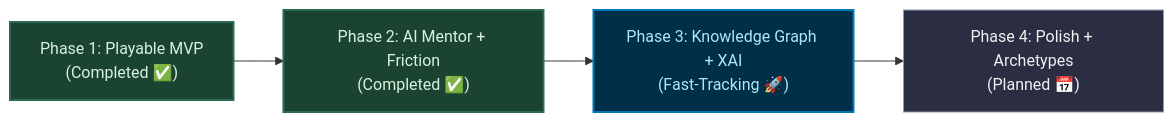
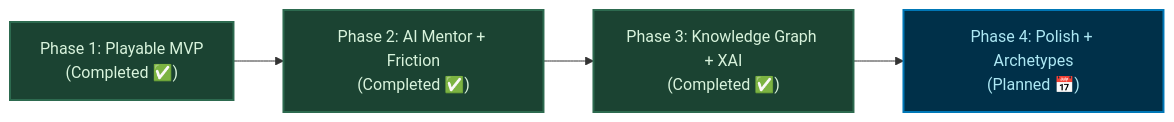
One commit to s3arajgupta/MarketSense changed the first of 2 diagrams in Documentations/phases_information.md. Above: the diagram before and after it, drawn with Mermaid. The commit also changed other lines of this file and 19 other files, not shown here.

````diff
--- a/Documentations/phases_information.md
+++ b/Documentations/phases_information.md
@@ -16,11 +16,11 @@
 ```mermaid
 flowchart LR
     P1["Phase 1: Playable MVP\n(Completed ✅)"] --> P2["Phase 2: AI Mentor + Friction\n(Completed ✅)"]
-    P2 --> P3["Phase 3: Knowledge Graph + XAI\n(Fast-Tracking 🚀)"]
+    P2 --> P3["Phase 3: Knowledge Graph + XAI\n(Completed ✅)"]
     P3 --> P4["Phase 4: Polish + Archetypes\n(Planned 📅)"]
 
     style P1 fill:#1b4332,stroke:#2d6a4f,stroke-width:2px,color:#d8f3dc
     style P2 fill:#1b4332,stroke:#2d6a4f,stroke-width:2px,color:#d8f3dc
-    style P3 fill:#003049,stroke:#0077b6,stroke-width:2px,color:#ade8f4
-    style P4 fill:#2b2d42,stroke:#8d99ae,stroke-width:1px,color:#edf2f4
+    style P3 fill:#1b4332,stroke:#2d6a4f,stroke-width:2px,color:#d8f3dc
+    style P4 fill:#003049,stroke:#0077b6,stroke-width:2px,color:#ade8f4
 ```
````
